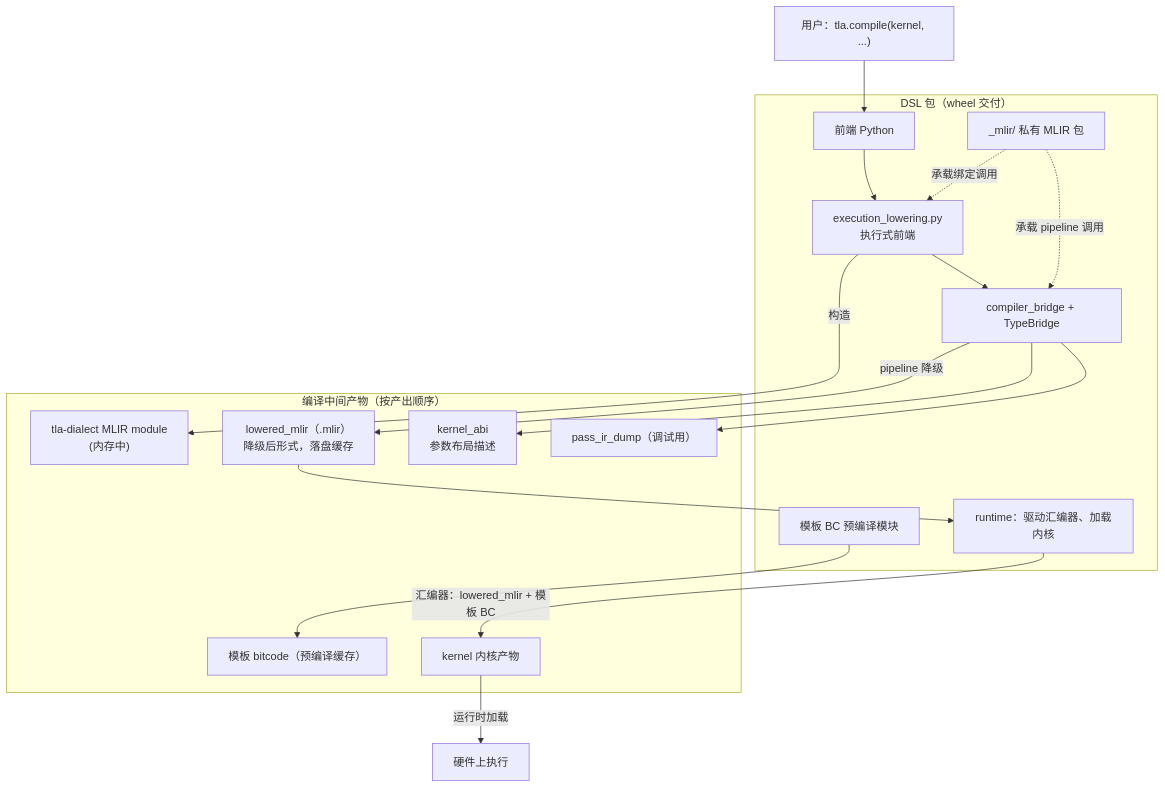
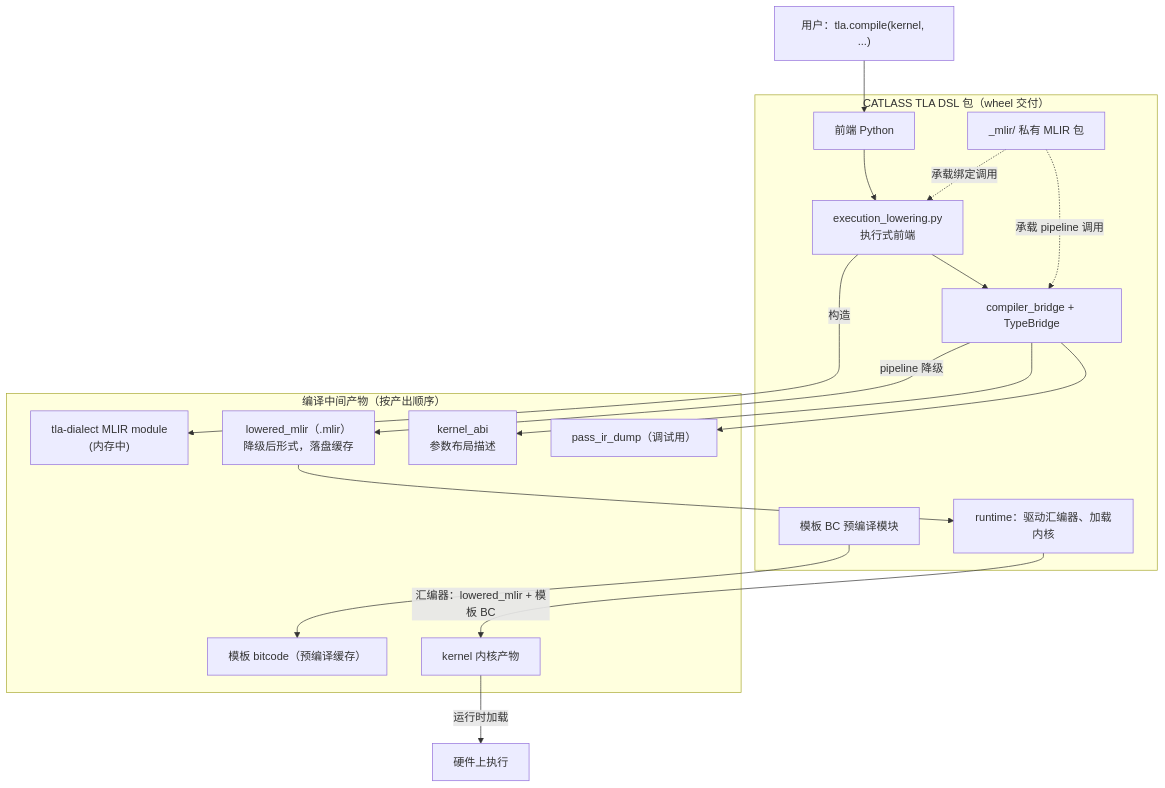
Before and after one commit to yuantao313/yuantao313.github.io: the sixth of 6 diagrams in source/_posts/tla-dsl-mlir-integration.md, drawn with Mermaid. The commit also changed other lines of this file, not shown here.

First line of the commit message:
docs: 明确 TLA 集成文章中的 DSL 为 CATLASS TLA DSL

````diff
--- a/source/_posts/tla-dsl-mlir-integration.md
+++ b/source/_posts/tla-dsl-mlir-integration.md
@@ -201,34 +201,34 @@
 ```mermaid
 flowchart TD
-    subgraph pkg["DSL 包（wheel 交付）"]
+    subgraph pkg["CATLASS TLA DSL 包（wheel 交付）"]
         P1["前端 Python"]
         P2["execution_lowering.py<br/>执行式前端"]
         P3["compiler_bridge + TypeBridge"]
         P4["_mlir/ 私有 MLIR 包"]
         P5["模板 BC 预编译模块"]
         P6["runtime：驱动汇编器、加载内核"]
     end
 
     subgraph art["编译中间产物（按产出顺序）"]
         A1["tla-dialect MLIR module<br/>(内存中)"]
         A2["lowered_mlir（.mlir）<br/>降级后形式，落盘缓存"]
         A3["kernel_abi<br/>参数布局描述"]
         A4["pass_ir_dump（调试用）"]
         A5["模板 bitcode（预编译缓存）"]
         A6["kernel 内核产物"]
     end
 
     U["用户：tla.compile(kernel, ...)"] --> P1
     P1 --> P2
     P2 -->|"构造"| A1
     P2 --> P3
     P3 -->|"pipeline 降级"| A2
     P3 --> A3
     P3 --> A4
     A2 --> P6
     P5 --> A5
     P6 -->|"汇编器：lowered_mlir + 模板 BC"| A6
     A6 -->|"运行时加载"| R["硬件上执行"]
     P4 -.->|"承载绑定调用"| P2
     P4 -.->|"承载 pipeline 调用"| P3
 ```
````
